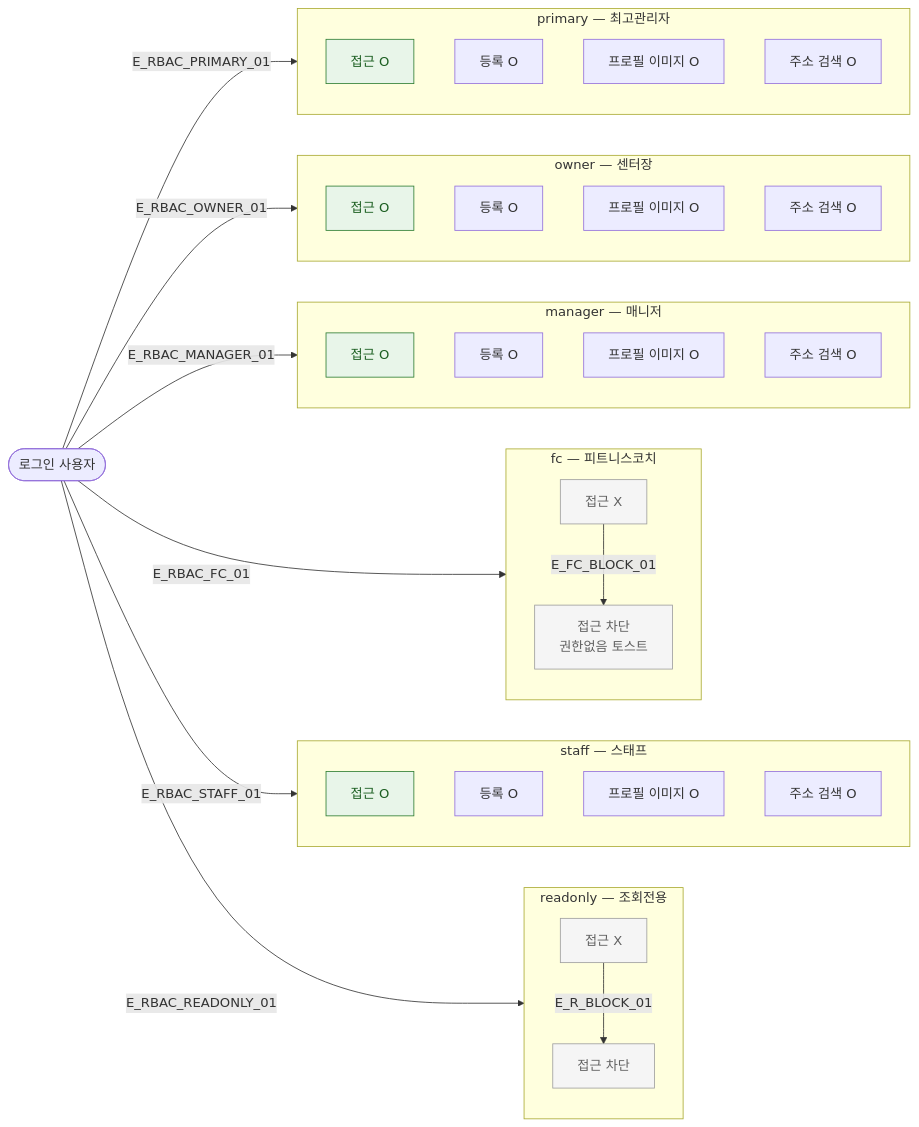
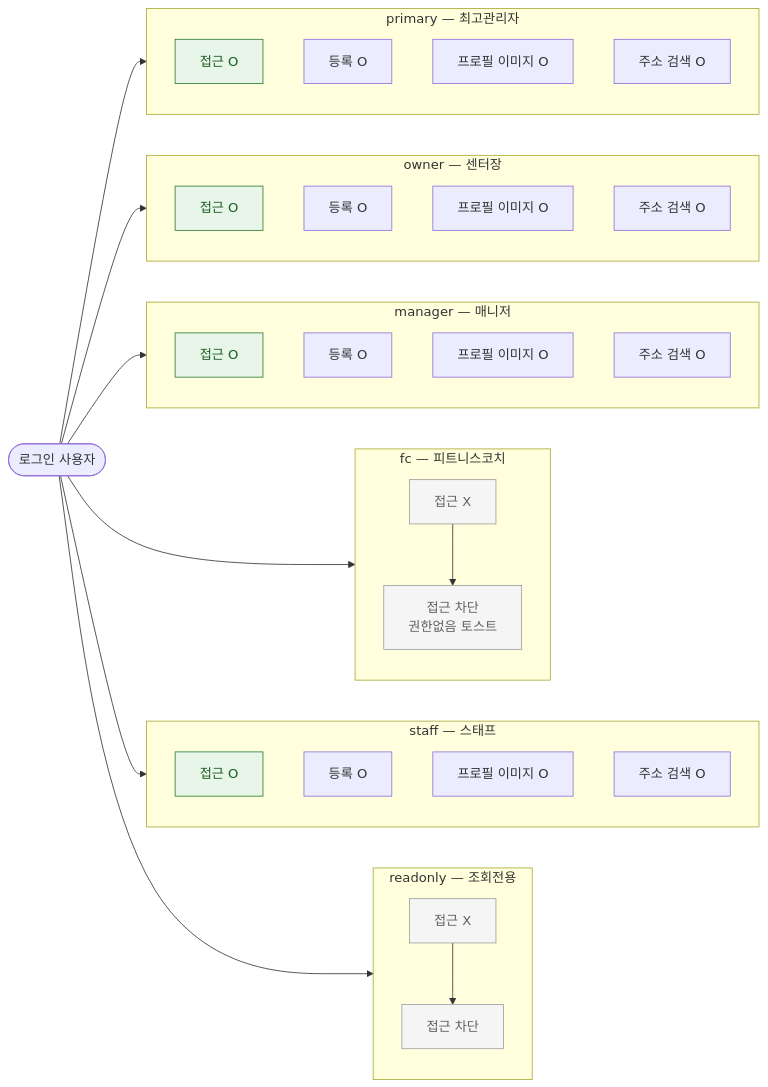
The diagram in docs/다이어그램/D02_회원관리/SCR-M002_회원등록/F7_권한.md (dev-spogym/admin-pando), drawn with Mermaid before and after one commit. The commit also changed other lines of this file and 1660 other files, not shown here.

First line of the commit message:
다이어그램: 기획자/클라이언트 납품본으로 정리

````diff
--- a/docs/다이어그램/D02_회원관리/SCR-M002_회원등록/F7_권한.md
+++ b/docs/다이어그램/D02_회원관리/SCR-M002_회원등록/F7_권한.md
@@ -22,67 +20,67 @@
 ```mermaid
 flowchart LR
   USER([로그인 사용자])
 
   subgraph ROLE_PRIMARY [primary — 최고관리자]
     P_ACCESS[접근 O]
     P_REGISTER[등록 O]
     P_IMG[프로필 이미지 O]
     P_ADDR[주소 검색 O]
   end
 
   subgraph ROLE_OWNER [owner — 센터장]
     O_ACCESS[접근 O]
     O_REGISTER[등록 O]
     O_IMG[프로필 이미지 O]
     O_ADDR[주소 검색 O]
   end
 
   subgraph ROLE_MANAGER [manager — 매니저]
     M_ACCESS[접근 O]
     M_REGISTER[등록 O]
     M_IMG[프로필 이미지 O]
     M_ADDR[주소 검색 O]
   end
 
   subgraph ROLE_FC [fc — 피트니스코치]
     FC_ACCESS[접근 X]
     FC_BLOCK[접근 차단\n권한없음 토스트]
   end
 
   subgraph ROLE_STAFF [staff — 스태프]
     S_ACCESS[접근 O]
     S_REGISTER[등록 O]
     S_IMG[프로필 이미지 O]
     S_ADDR[주소 검색 O]
   end
 
   subgraph ROLE_READONLY [readonly — 조회전용]
     R_ACCESS[접근 X]
     R_BLOCK[접근 차단]
   end
 
-  USER -->|E_RBAC_PRIMARY_01| ROLE_PRIMARY
-  USER -->|E_RBAC_OWNER_01| ROLE_OWNER
-  USER -->|E_RBAC_MANAGER_01| ROLE_MANAGER
-  USER -->|E_RBAC_FC_01| ROLE_FC
-  USER -->|E_RBAC_STAFF_01| ROLE_STAFF
-  USER -->|E_RBAC_READONLY_01| ROLE_READONLY
+  USER --> ROLE_PRIMARY
+  USER --> ROLE_OWNER
+  USER --> ROLE_MANAGER
+  USER --> ROLE_FC
+  USER --> ROLE_STAFF
+  USER --> ROLE_READONLY
 
-  FC_ACCESS    -->|E_FC_BLOCK_01| FC_BLOCK
-  R_ACCESS     -->|E_R_BLOCK_01| R_BLOCK
+  FC_ACCESS --> FC_BLOCK
+  R_ACCESS --> R_BLOCK
 
-  classDef screen      fill:#E3F2FD,stroke:#1976D2,color:#0D47A1
-  classDef modal       fill:#FFF3E0,stroke:#F57C00,color:#E65100
-  classDef newFeature  fill:#F3E5F5,stroke:#9C27B0,stroke-dasharray:5 5
-  classDef error       fill:#FFEBEE,stroke:#C62828,color:#B71C1C
-  classDef success     fill:#E8F5E9,stroke:#2E7D32,color:#1B5E20
-  classDef warning     fill:#FFF8E1,stroke:#F9A825,color:#F57F17
-  classDef info        fill:#E0F7FA,stroke:#00838F
-  classDef system      fill:#EDE7F6,stroke:#5E35B2
-  classDef external    fill:#ECEFF1,stroke:#455A64,stroke-dasharray:3 3
-  classDef cron        fill:#E0F2F1,stroke:#00695C
+  classDef screen fill:#E3F2FD,stroke:#1976D2,color:#0D47A1
+  classDef modal fill:#FFF3E0,stroke:#F57C00,color:#E65100
+  classDef newFeature fill:#F3E5F5,stroke:#9C27B0,stroke-dasharray:5 5
+  classDef error fill:#FFEBEE,stroke:#C62828,color:#B71C1C
+  classDef success fill:#E8F5E9,stroke:#2E7D32,color:#1B5E20
+  classDef warning fill:#FFF8E1,stroke:#F9A825,color:#F57F17
+  classDef info fill:#E0F7FA,stroke:#00838F
+  classDef system fill:#EDE7F6,stroke:#5E35B2
+  classDef external fill:#ECEFF1,stroke:#455A64,stroke-dasharray:3 3
+  classDef cron fill:#E0F2F1,stroke:#00695C
   classDef rbacBlocked fill:#F5F5F5,stroke:#9E9E9E,color:#616161
 
   class P_ACCESS,O_ACCESS,M_ACCESS,S_ACCESS success
   class FC_ACCESS,R_ACCESS,FC_BLOCK,R_BLOCK rbacBlocked
 ```
````
